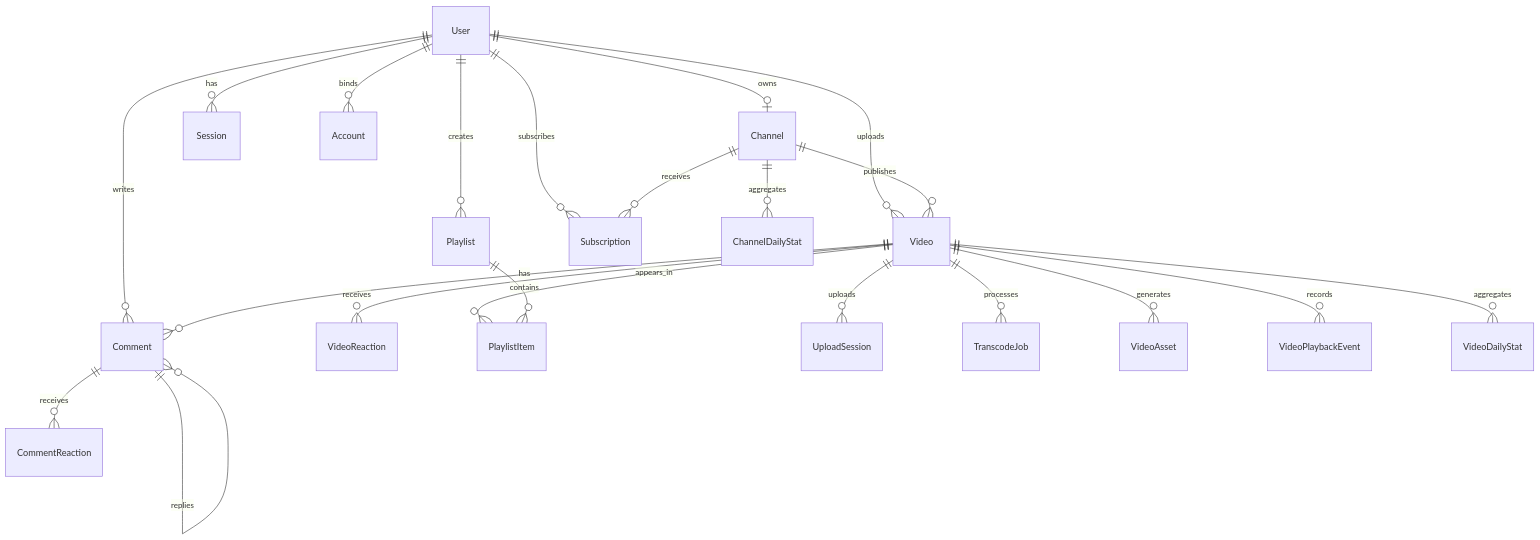
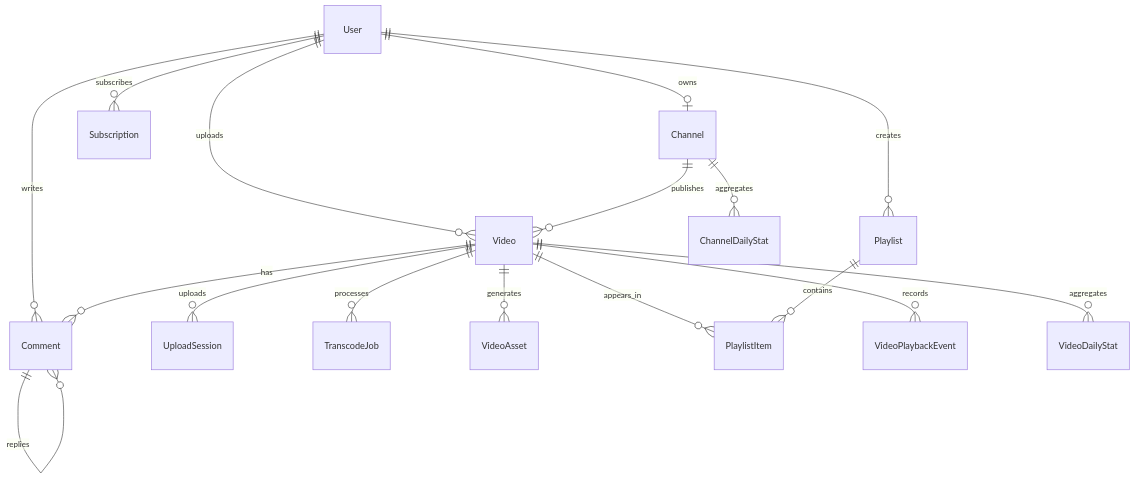
One commit to vixinox/serverless-vod changed the diagram in docs/3需求分析.md. Above: the diagram before and after it, drawn with Mermaid. The commit also changed other lines of this file and 14 other files, not shown here.

````diff
--- a/docs/3需求分析.md
+++ b/docs/3需求分析.md
@@ -254,27 +74,22 @@
 ```mermaid
 erDiagram
   User ||--o| Channel : owns
-  User ||--o{ Session : has
-  User ||--o{ Account : binds
   User ||--o{ Video : uploads
   User ||--o{ Playlist : creates
   User ||--o{ Comment : writes
   User ||--o{ Subscription : subscribes
 
   Channel ||--o{ Video : publishes
-  Channel ||--o{ Subscription : receives
   Channel ||--o{ ChannelDailyStat : aggregates
-
-  Video ||--o{ Comment : has
-  Comment ||--o{ Comment : replies
-  Video ||--o{ VideoReaction : receives
-  Comment ||--o{ CommentReaction : receives
-  Video ||--o{ PlaylistItem : appears_in
-  Playlist ||--o{ PlaylistItem : contains
 
   Video ||--o{ UploadSession : uploads
   Video ||--o{ TranscodeJob : processes
   Video ||--o{ VideoAsset : generates
+  Video ||--o{ Comment : has
+  Video ||--o{ PlaylistItem : appears_in
   Video ||--o{ VideoPlaybackEvent : records
   Video ||--o{ VideoDailyStat : aggregates
+
+  Comment ||--o{ Comment : replies
+  Playlist ||--o{ PlaylistItem : contains
 ```
````
